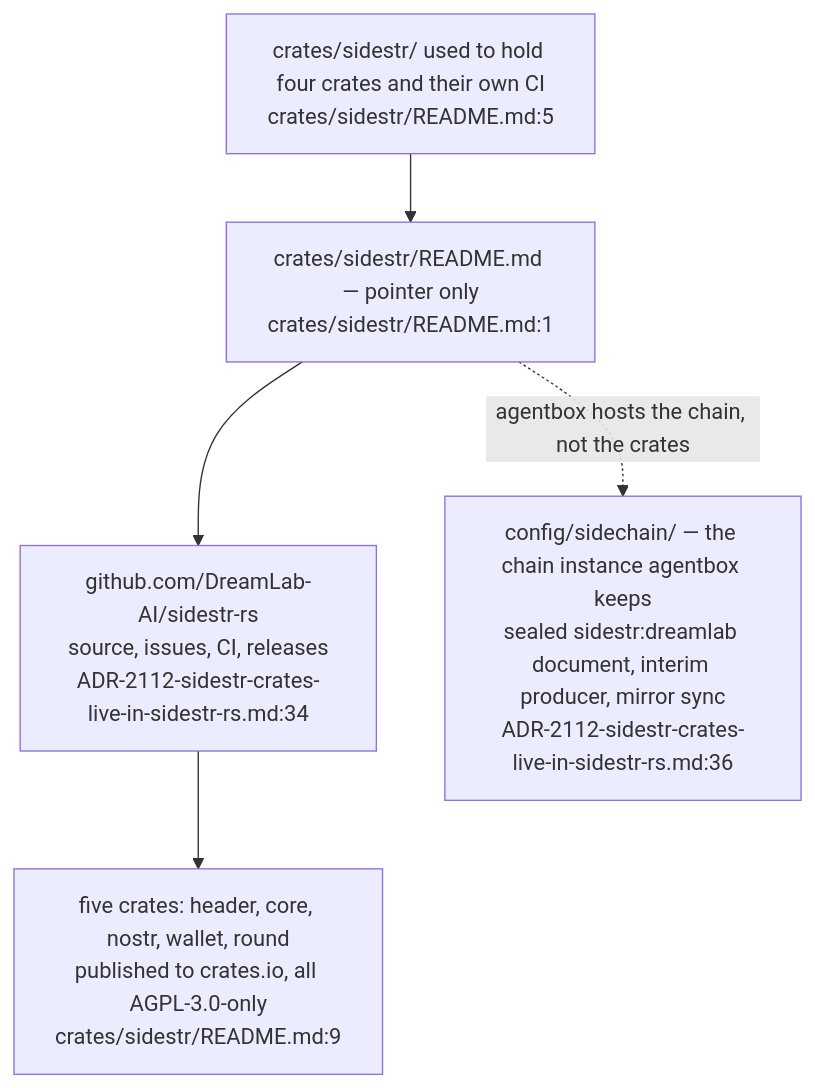
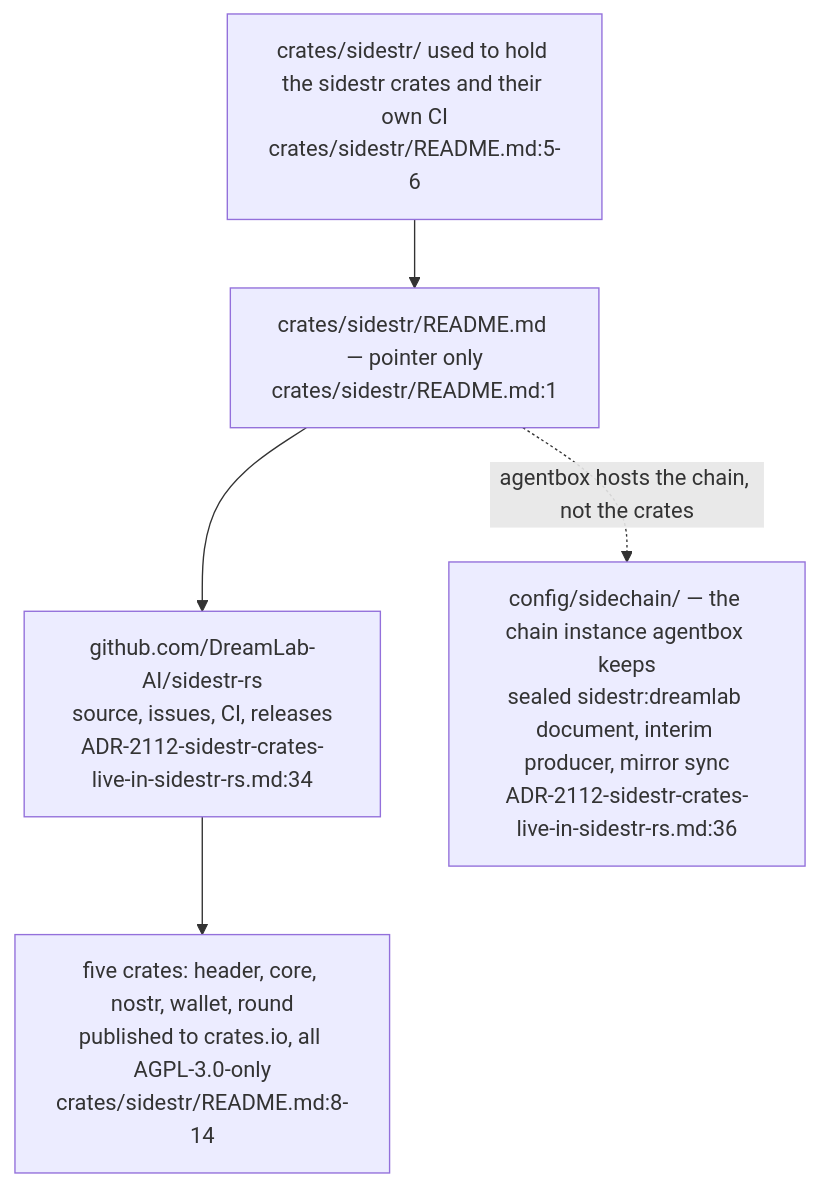
Before and after one commit to DreamLab-AI/VisionFlow: the first of 2 diagrams in docs/diagrams/agentbox/33-sidestr-crates.md, drawn with Mermaid. The commit also changed other lines of this file and 111 other files, not shown here.

Commit message:
docs(diagrams): align estate maps with current source

````diff
--- a/docs/diagrams/agentbox/33-sidestr-crates.md
+++ b/docs/diagrams/agentbox/33-sidestr-crates.md
@@ -30,12 +30,12 @@
 ```mermaid
 flowchart TB
-    OLD["crates/sidestr/ used to hold four crates and their own CI<br/>crates/sidestr/README.md:5"]
+    OLD["crates/sidestr/ used to hold the sidestr crates and their own CI<br/>crates/sidestr/README.md:5-6"]
     PTR["crates/sidestr/README.md — pointer only<br/>crates/sidestr/README.md:1"]
     REPO["github.com/DreamLab-AI/sidestr-rs<br/>source, issues, CI, releases<br/>ADR-2112-sidestr-crates-live-in-sidestr-rs.md:34"]
-    FIVE["five crates: header, core, nostr, wallet, round<br/>published to crates.io, all AGPL-3.0-only<br/>crates/sidestr/README.md:9"]
+    FIVE["five crates: header, core, nostr, wallet, round<br/>published to crates.io, all AGPL-3.0-only<br/>crates/sidestr/README.md:8-14"]
     CHAIN["config/sidechain/ — the chain instance agentbox keeps<br/>sealed sidestr:dreamlab document, interim producer, mirror sync<br/>ADR-2112-sidestr-crates-live-in-sidestr-rs.md:36"]
     OLD --> PTR
     PTR --> REPO
     REPO --> FIVE
     PTR -.->|"agentbox hosts the chain, not the crates"| CHAIN
 ```
````
